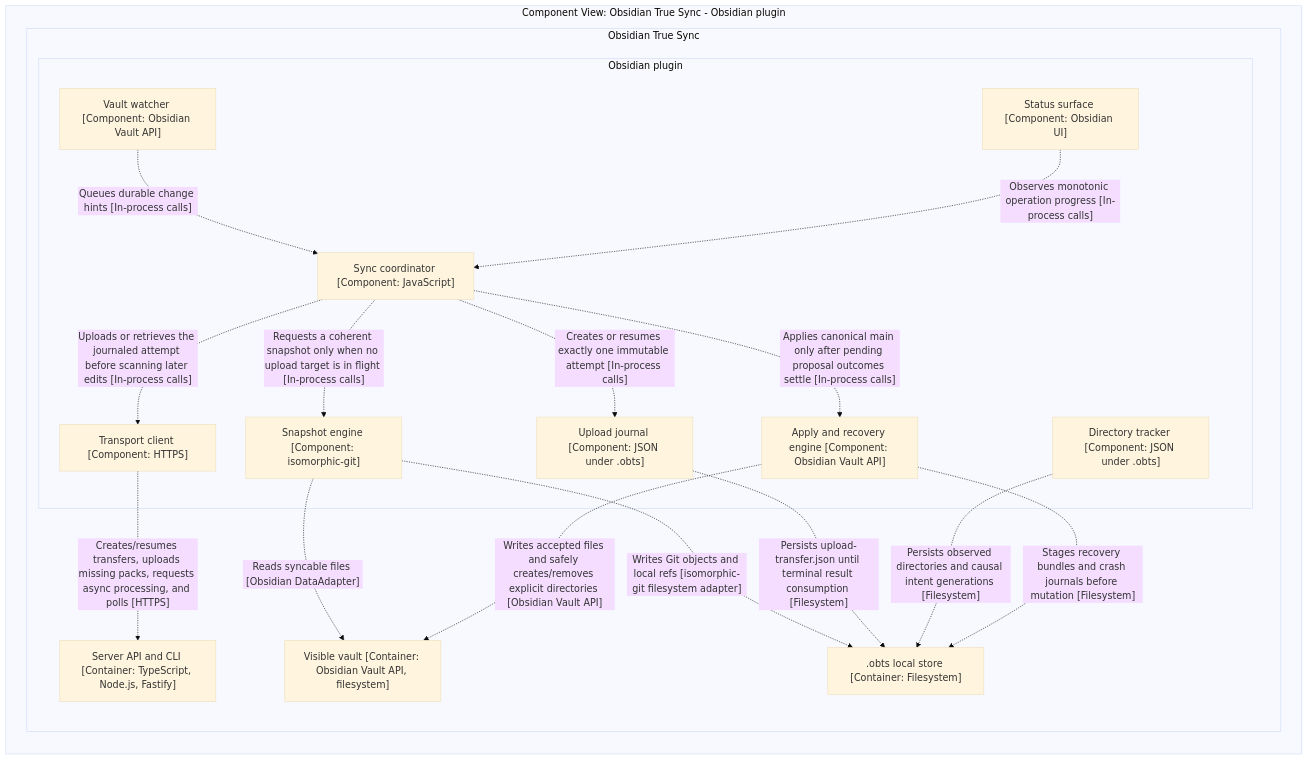
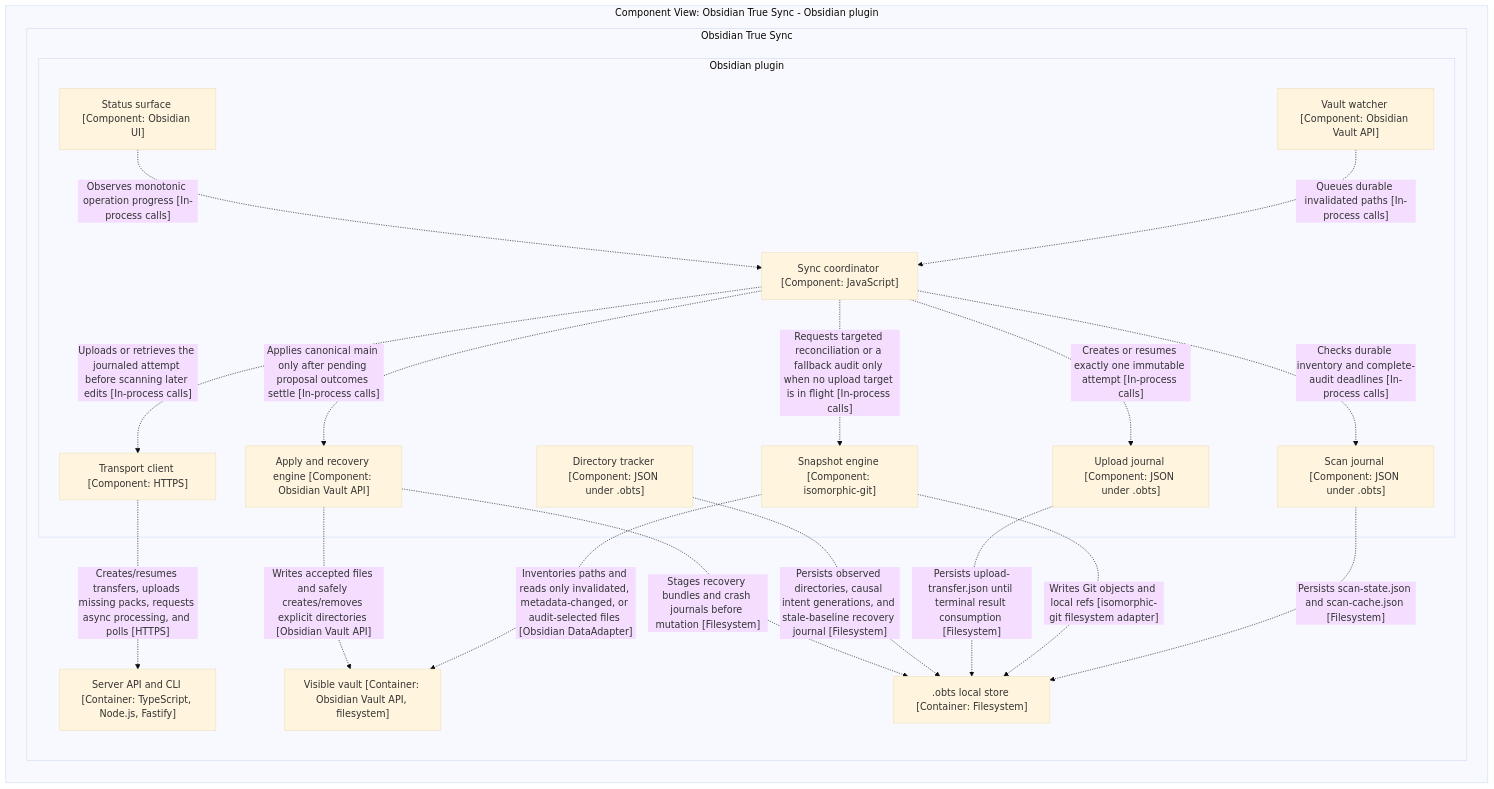
One commit to nareto/obts changed the third of 5 diagrams in architecture/DIAGRAMS.md. Above: the diagram before and after it, drawn with Mermaid (base theme). The commit also changed other lines of this file and 26 other files, not shown here.

````diff
--- a/architecture/DIAGRAMS.md
+++ b/architecture/DIAGRAMS.md
@@ -73,41 +73,44 @@
 ```mermaid
 graph LR
 
   subgraph diagram ["Component View: Obsidian True Sync - Obsidian plugin"]
 
     subgraph 5 ["Obsidian True Sync"]
 
       subgraph 6 ["Obsidian plugin"]
 
-        10["Upload journal [Component: JSON under .obts]"]
-        11["Transport client [Component: HTTPS]"]
-        12["Directory tracker [Component: JSON under .obts]"]
-        13["Apply and recovery engine [Component: Obsidian Vault API]"]
-        14["Status surface [Component: Obsidian UI]"]
+        10["Snapshot engine [Component: isomorphic-git]"]
+        11["Upload journal [Component: JSON under .obts]"]
+        12["Transport client [Component: HTTPS]"]
+        13["Directory tracker [Component: JSON under .obts]"]
+        14["Apply and recovery engine [Component: Obsidian Vault API]"]
+        15["Status surface [Component: Obsidian UI]"]
         7["Vault watcher [Component: Obsidian Vault API]"]
         8["Sync coordinator [Component: JavaScript]"]
-        9["Snapshot engine [Component: isomorphic-git]"]
+        9["Scan journal [Component: JSON under .obts]"]
       end
 
-      20["Server API and CLI [Container: TypeScript, Node.js, Fastify]"]
-      29["Visible vault [Container: Obsidian Vault API, filesystem]"]
-      30[".obts local store [Container: Filesystem]"]
+      21["Server API and CLI [Container: TypeScript, Node.js, Fastify]"]
+      30["Visible vault [Container: Obsidian Vault API, filesystem]"]
+      31[".obts local store [Container: Filesystem]"]
     end
 
-    7-. "Queues durable change hints [In-process calls]" .->8
-    8-. "Requests a coherent snapshot only when no upload target is in flight [In-process calls]" .->9
-    9-. "Reads syncable files [Obsidian DataAdapter]" .->29
-    9-. "Writes Git objects and local refs [isomorphic-git filesystem adapter]" .->30
-    8-. "Creates or resumes exactly one immutable attempt [In-process calls]" .->10
-    10-. "Persists upload-transfer.json until terminal result consumption [Filesystem]" .->30
-    8-. "Uploads or retrieves the journaled attempt before scanning later edits [In-process calls]" .->11
-    11-. "Creates/resumes transfers, uploads missing packs, requests async processing, and polls [HTTPS]" .->20
-    12-. "Persists observed directories and causal intent generations [Filesystem]" .->30
-    8-. "Applies canonical main only after pending proposal outcomes settle [In-process calls]" .->13
-    13-. "Writes accepted files and safely creates/removes explicit directories [Obsidian Vault API]" .->29
-    13-. "Stages recovery bundles and crash journals before mutation [Filesystem]" .->30
-    14-. "Observes monotonic operation progress [In-process calls]" .->8
+    7-. "Queues durable invalidated paths [In-process calls]" .->8
+    8-. "Checks durable inventory and complete-audit deadlines [In-process calls]" .->9
+    9-. "Persists scan-state.json and scan-cache.json [Filesystem]" .->31
+    8-. "Requests targeted reconciliation or a fallback audit only when no upload target is in flight [In-process calls]" .->10
+    10-. "Inventories paths and reads only invalidated, metadata-changed, or audit-selected files [Obsidian DataAdapter]" .->30
+    10-. "Writes Git objects and local refs [isomorphic-git filesystem adapter]" .->31
+    8-. "Creates or resumes exactly one immutable attempt [In-process calls]" .->11
+    11-. "Persists upload-transfer.json until terminal result consumption [Filesystem]" .->31
+    8-. "Uploads or retrieves the journaled attempt before scanning later edits [In-process calls]" .->12
+    12-. "Creates/resumes transfers, uploads missing packs, requests async processing, and polls [HTTPS]" .->21
+    13-. "Persists observed directories, causal intent generations, and stale-baseline recovery journal [Filesystem]" .->31
+    8-. "Applies canonical main only after pending proposal outcomes settle [In-process calls]" .->14
+    14-. "Writes accepted files and safely creates/removes explicit directories [Obsidian Vault API]" .->30
+    14-. "Stages recovery bundles and crash journals before mutation [Filesystem]" .->31
+    15-. "Observes monotonic operation progress [In-process calls]" .->8
 
   end
 
 ```
````
